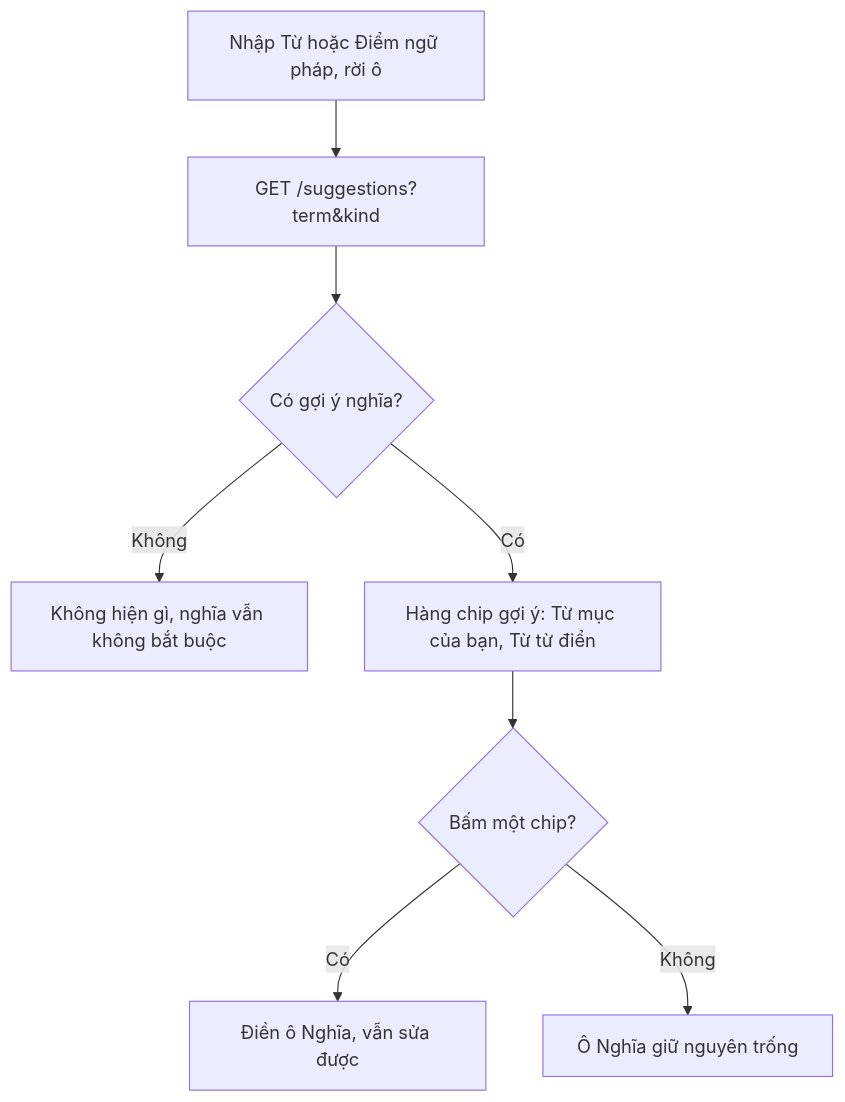
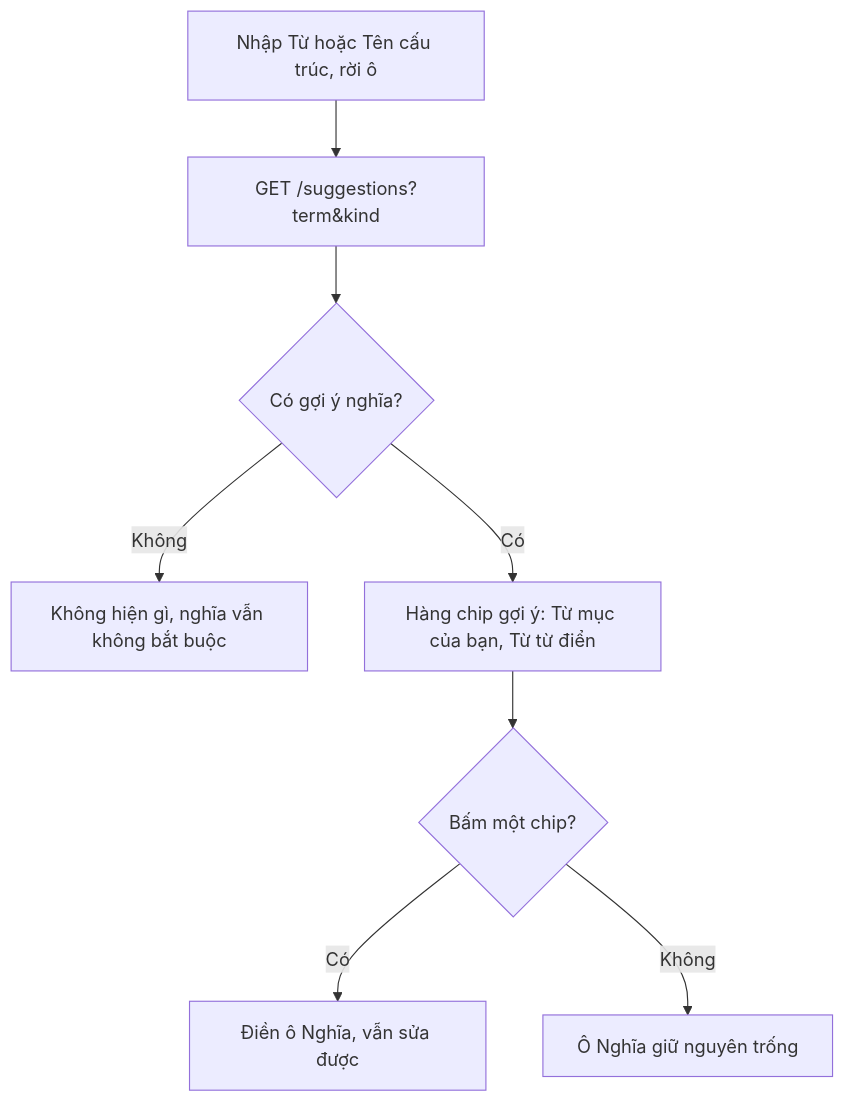
The first of 2 diagrams in docs/features/knowledge-items/srs/US-LIB-09-meaning-suggestions.md (pamela172103/Lingozi), drawn with Mermaid before and after one commit. The commit also changed other lines of this file and 12 other files, not shown here.

````diff
--- a/docs/features/knowledge-items/srs/US-LIB-09-meaning-suggestions.md
+++ b/docs/features/knowledge-items/srs/US-LIB-09-meaning-suggestions.md
@@ -59,10 +61,10 @@
 ```mermaid
 flowchart TD
-    A[Nhập Từ hoặc Điểm ngữ pháp, rời ô] --> B[GET /suggestions?term&kind]
+    A[Nhập Từ hoặc Tên cấu trúc, rời ô] --> B[GET /suggestions?term&kind]
     B --> C{Có gợi ý nghĩa?}
     C -- Không --> D[Không hiện gì, nghĩa vẫn không bắt buộc]
     C -- Có --> E[Hàng chip gợi ý: Từ mục của bạn, Từ từ điển]
     E --> F{Bấm một chip?}
     F -- Có --> G[Điền ô Nghĩa, vẫn sửa được]
     F -- Không --> H[Ô Nghĩa giữ nguyên trống]
 ```
````
